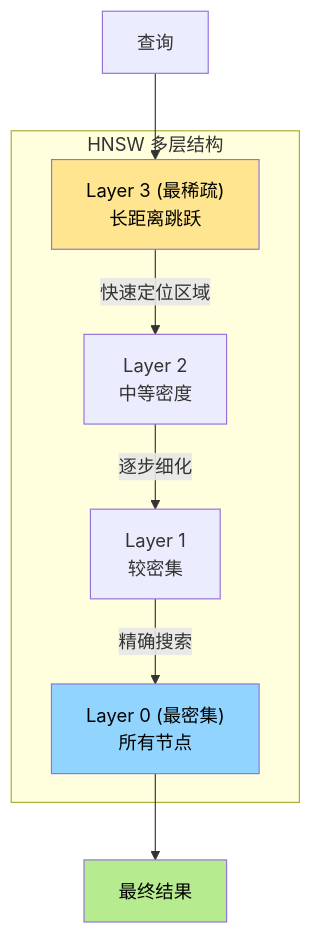
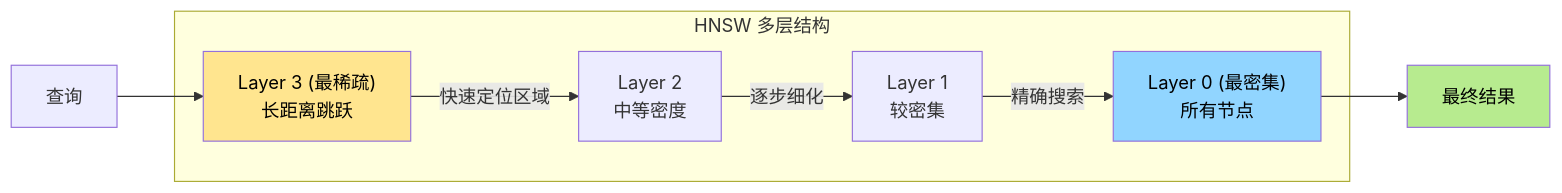
One commit to ThreeFish-AI/agentic-ai-cognizes changed the ninth of 38 diagrams in docs/research/003-vector-search-algorithm.md. Above: the diagram before and after it, drawn with Mermaid. The commit also changed other lines of this file, not shown here.

````diff
--- a/docs/research/003-vector-search-algorithm.md
+++ b/docs/research/003-vector-search-algorithm.md
@@ -682,19 +688,19 @@
 ```mermaid
-graph TB
+graph LR
     subgraph "HNSW 多层结构"
         L3["Layer 3 (最稀疏)<br/>长距离跳跃"]
         L2["Layer 2<br/>中等密度"]
         L1["Layer 1<br/>较密集"]
         L0["Layer 0 (最密集)<br/>所有节点"]
     end
 
     Q[查询] --> L3
     L3 --> |"快速定位区域"| L2
     L2 --> |"逐步细化"| L1
     L1 --> |"精确搜索"| L0
     L0 --> R[最终结果]
 
     style L3 fill:#ffe58f,color:#000000
     style L0 fill:#91d5ff,color:#000000
     style R fill:#b7eb8f,color:#000000
 ```
````
